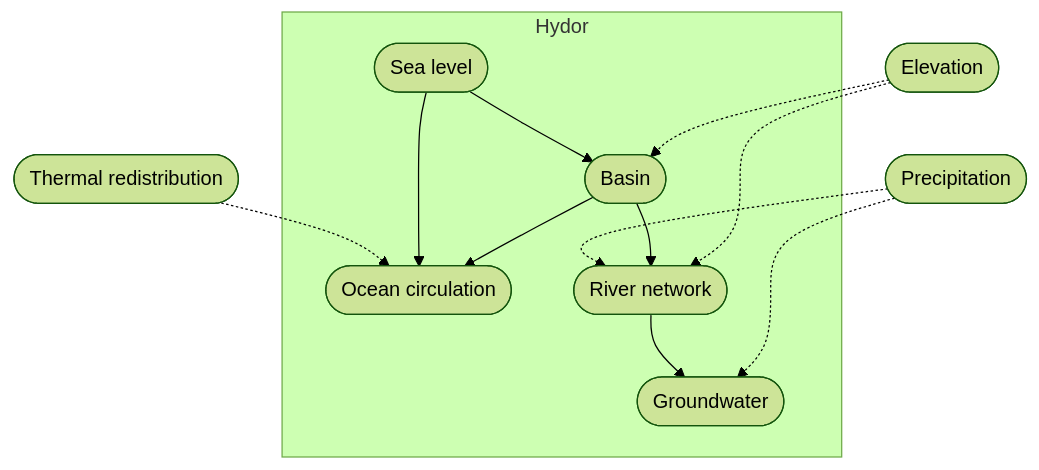
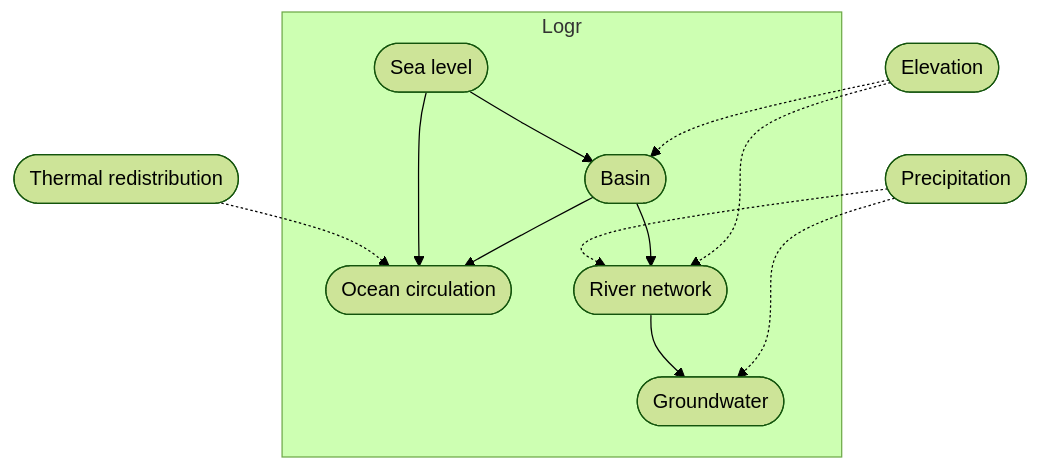
Before and after one commit to lagardej/mimameithr: the fourth of 8 diagrams in docs/concerns.adoc, drawn with Mermaid (forest theme). The commit also changed other lines of this file and 3 other files, not shown here.

```diff
--- a/docs/concerns.adoc
+++ b/docs/concerns.adoc
@@ -384,26 +384,26 @@
 [mermaid]
 ....
 flowchart TB
-    subgraph Hydor
+    subgraph Logr
         SeaLevel([Sea level])
         Basin([Basin])
         OceanCirculation([Ocean circulation])
         RiverNetwork([River network])
         Groundwater([Groundwater])
     end
 
     Elevation([Elevation])
     ThermalRedistribution([Thermal redistribution])
     Precipitation([Precipitation])
 
     Elevation -.-> Basin
     Elevation -.-> RiverNetwork
     Basin --> RiverNetwork
     Basin --> OceanCirculation
     SeaLevel --> Basin
     SeaLevel --> OceanCirculation
     ThermalRedistribution -.-> OceanCirculation
     Precipitation -.-> RiverNetwork
     Precipitation -.-> Groundwater
     RiverNetwork --> Groundwater
 ....
```
